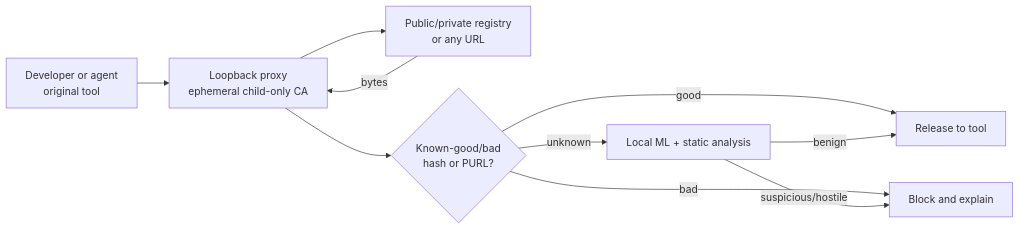
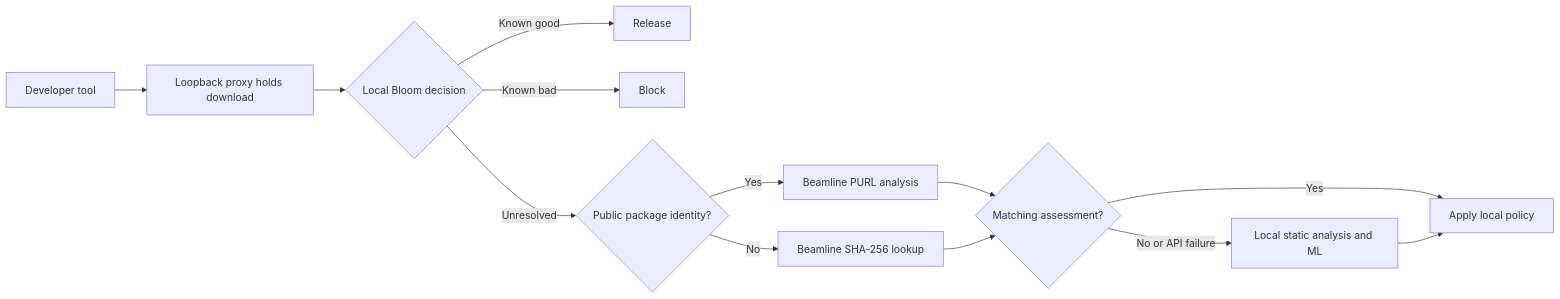
Before and after one commit to atomdrift-project/hood: the diagram in README.md, drawn with Mermaid. The commit also changed other lines of this file and 8 other files, not shown here.

Commit message:
add beamline API support

````diff
--- a/README.md
+++ b/README.md
@@ -15,3 +15,15 @@
 ```mermaid
-flowchart LR; A["Developer or agent<br/>original tool"] --> B["Loopback proxy<br/>ephemeral child-only CA"] --> C["Public/private registry<br/>or any URL"] -->|bytes| B; B --> D{"Known-good/bad<br/>hash or PURL?"}; D -->|good| E["Release to tool"]; D -->|bad| G["Block and explain"]; D -->|unknown| F["Local ML + static analysis"]; F -->|benign| E; F -->|suspicious/hostile| G
+flowchart LR
+    A[Developer tool] --> B[Loopback proxy holds download]
+    B --> C{Local Bloom decision}
+    C -->|Known good| D[Release]
+    C -->|Known bad| E[Block]
+    C -->|Unresolved| F{Public package identity?}
+    F -->|Yes| G[Beamline PURL analysis]
+    F -->|No| H[Beamline SHA-256 lookup]
+    G --> I{Matching assessment?}
+    H --> I
+    I -->|Yes| J[Apply local policy]
+    I -->|No or API failure| K[Local static analysis and ML]
+    K --> J
 ```
````
